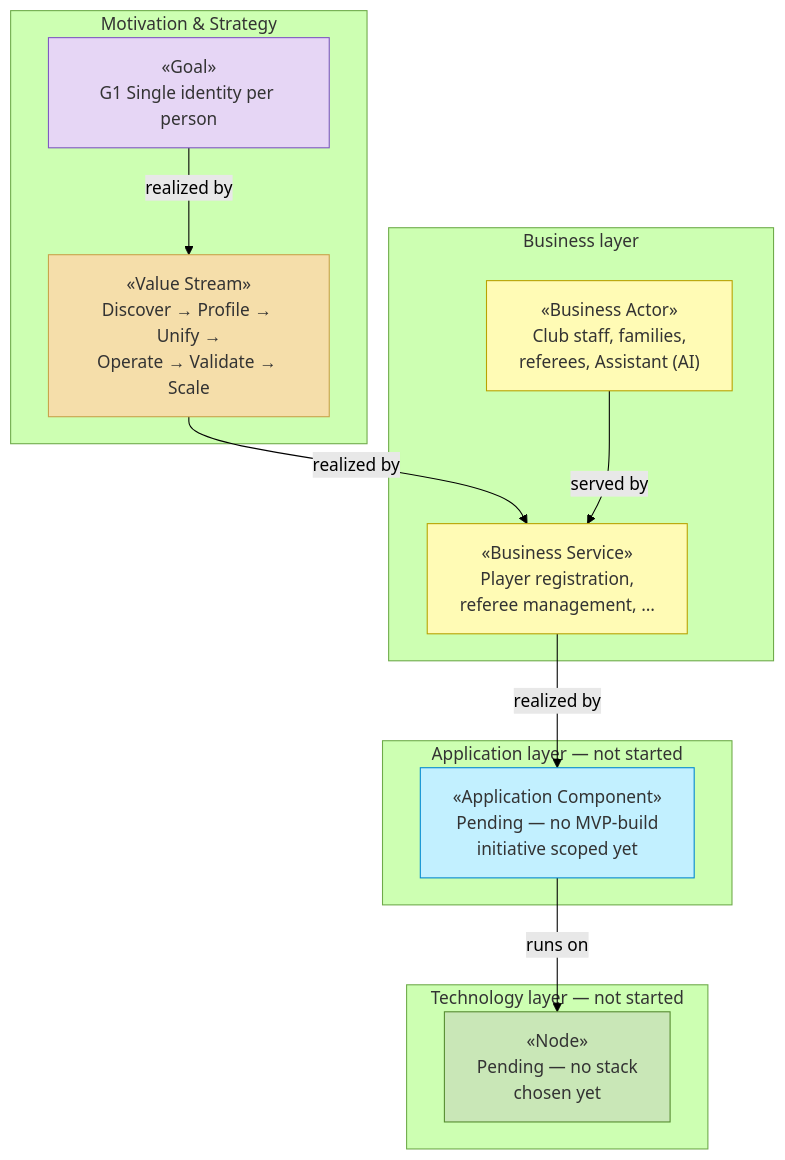
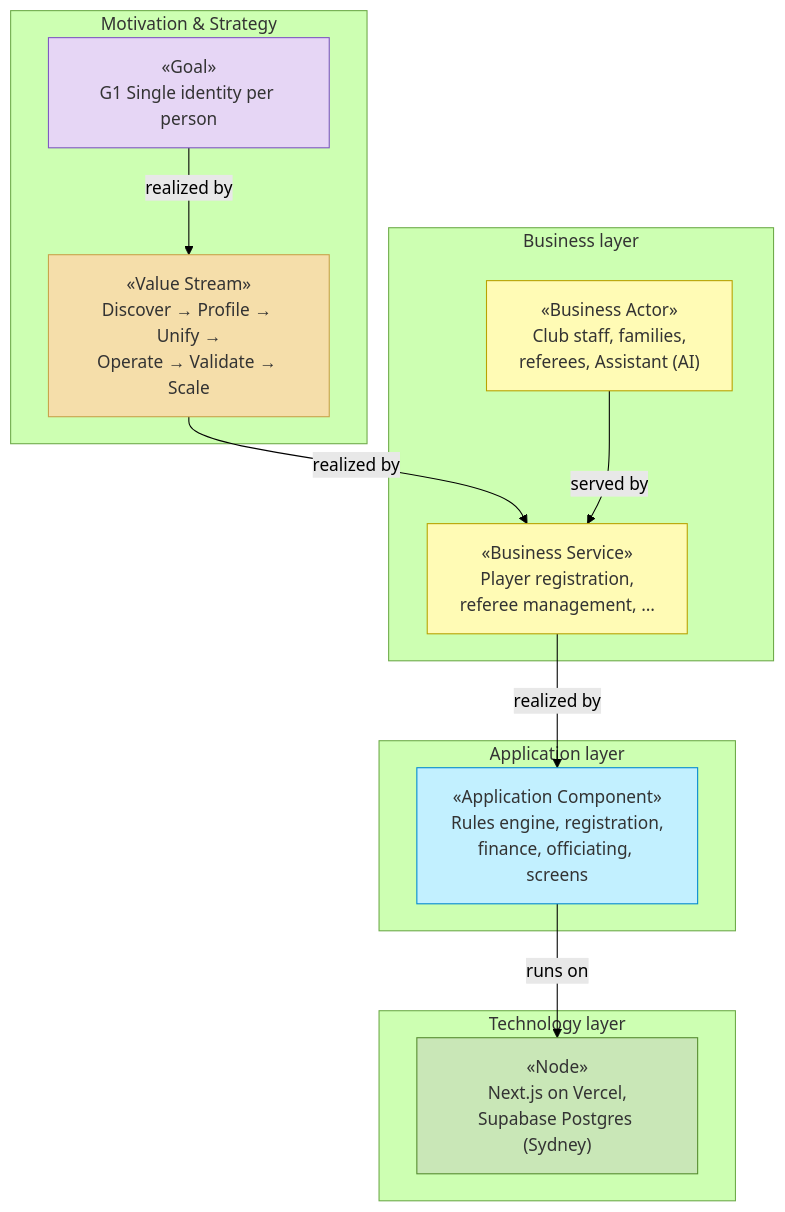
The diagram in docs/ea/README.md (DataME2/ia-architect), drawn with Mermaid (forest theme) before and after one commit. The commit also changed other lines of this file and 6 other files, not shown here.

````diff
--- a/docs/ea/README.md
+++ b/docs/ea/README.md
@@ -79,32 +84,32 @@
 ```mermaid
 flowchart TB
   subgraph MOT["Motivation & Strategy"]
     goal["«Goal»<br>G1 Single identity per person"]:::motivation
     vs["«Value Stream»<br>Discover → Profile → Unify →<br>Operate → Validate → Scale"]:::strategy
   end
 
   subgraph BUS["Business layer"]
     svc["«Business Service»<br>Player registration,<br>referee management, …"]:::business
     actor["«Business Actor»<br>Club staff, families,<br>referees, Assistant (AI)"]:::business
   end
 
-  subgraph APP["Application layer — not started"]
-    app["«Application Component»<br>Pending — no MVP-build<br>initiative scoped yet"]:::application
+  subgraph APP["Application layer"]
+    app["«Application Component»<br>Rules engine, registration,<br>finance, officiating, screens"]:::application
   end
 
-  subgraph TEC["Technology layer — not started"]
-    tech["«Node»<br>Pending — no stack<br>chosen yet"]:::technology
+  subgraph TEC["Technology layer"]
+    tech["«Node»<br>Next.js on Vercel,<br>Supabase Postgres (Sydney)"]:::technology
   end
 
   goal -->|realized by| vs
   vs -->|realized by| svc
   actor -->|served by| svc
   svc -->|realized by| app
   app -->|runs on| tech
 
   classDef motivation fill:#e6d6f5,stroke:#7e57c2,color:#333
   classDef strategy fill:#f5deaa,stroke:#c8a24a,color:#333
   classDef business fill:#fffbb5,stroke:#b8a200,color:#333
   classDef application fill:#c2f0ff,stroke:#0288d1,color:#333
   classDef technology fill:#c9e7b7,stroke:#558b2f,color:#333
 ```
````
